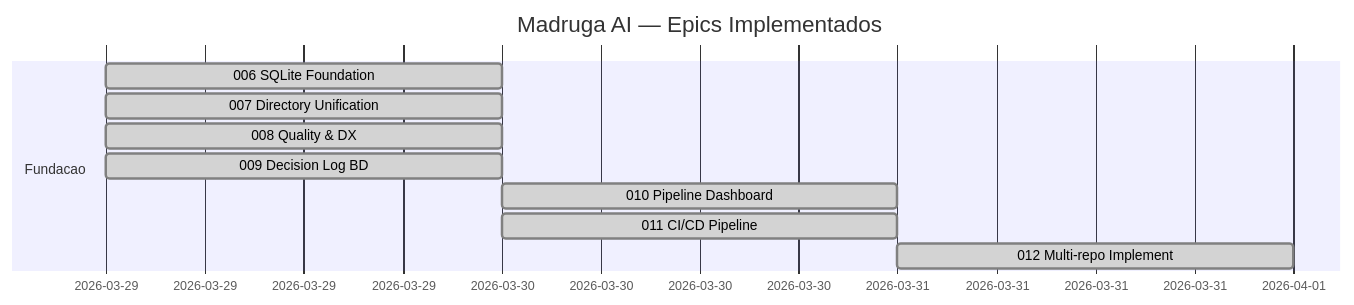
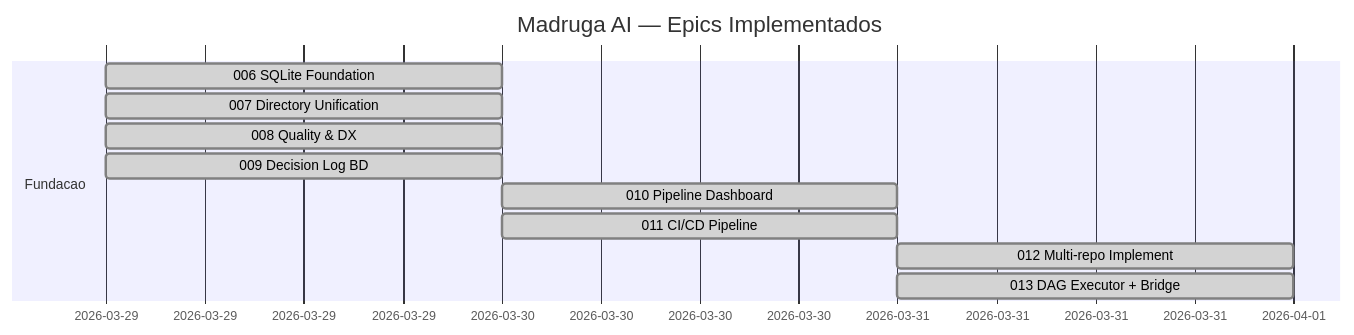
The first of 3 diagrams in platforms/madruga-ai/planning/roadmap.md (paceautomations/madruga.ai), drawn with Mermaid before and after one commit. The commit also changed other lines of this file and 18 other files, not shown here.

First line of the commit message:
feat: epic 013 DAG executor + SpecKit bridge — topological sort, human gates, retry/circuit breaker

````diff
--- a/platforms/madruga-ai/planning/roadmap.md
+++ b/platforms/madruga-ai/planning/roadmap.md
@@ -33,13 +33,14 @@
 ```mermaid
 gantt
     title Madruga AI — Epics Implementados
     dateFormat YYYY-MM-DD
     section Fundacao
     006 SQLite Foundation       :done, e006, 2026-03-29, 1d
     007 Directory Unification   :done, e007, 2026-03-29, 1d
     008 Quality & DX            :done, e008, 2026-03-29, 1d
     009 Decision Log BD         :done, e009, 2026-03-29, 1d
     010 Pipeline Dashboard      :done, e010, 2026-03-30, 1d
     011 CI/CD Pipeline          :done, e011, 2026-03-30, 1d
     012 Multi-repo Implement   :done, e012, 2026-03-31, 1d
+    013 DAG Executor + Bridge    :done, e013, 2026-03-31, 1d
 ```
````
